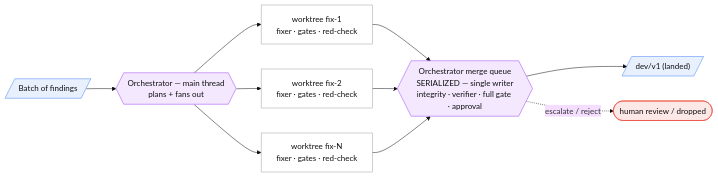
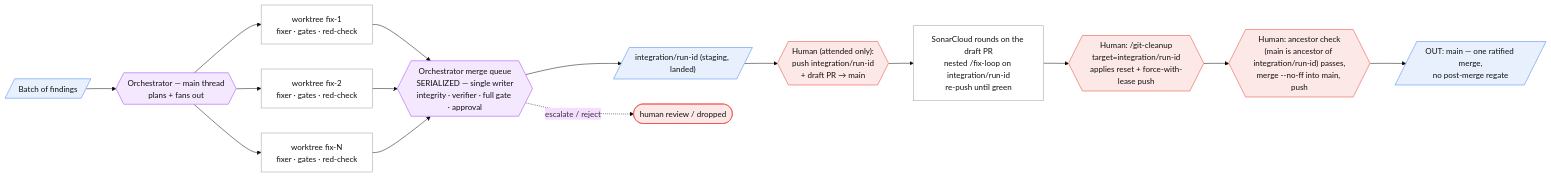
The second of 3 diagrams in docs/coding-harness-diagram.md (Davron2004/Whim), drawn with Mermaid (base theme) before and after one commit. The commit also changed other lines of this file and 37 other files, not shown here.

First line of the commit message:
Add SonarCloud recurrence ledger and wire it into the critic + fix-loop closure

````diff
--- a/docs/coding-harness-diagram.md
+++ b/docs/coding-harness-diagram.md
@@ -50,20 +50,26 @@
 ```mermaid
 flowchart LR
     BATCH[/"Batch of findings"/]:::io --> ORCH{{"Orchestrator — main thread<br/>plans + fans out"}}:::orch
  
     ORCH --> W1["worktree fix-1<br/>fixer · gates · red-check"]:::auto
     ORCH --> W2["worktree fix-2<br/>fixer · gates · red-check"]:::auto
     ORCH --> W3["worktree fix-N<br/>fixer · gates · red-check"]:::auto
  
     W1 --> Q{{"Orchestrator merge queue<br/>SERIALIZED — single writer<br/>integrity · verifier · full gate · approval"}}:::orch
     W2 --> Q
     W3 --> Q
  
-    Q --> DV[/"dev/v1 (landed)"/]:::io
+    Q --> DV[/"integration/run-id (staging, landed)"/]:::io
     Q -.->|"escalate / reject"| HOLD(["human review / dropped"]):::human
  
+    DV --> PUSH{{"Human (attended only):<br/>push integration/run-id<br/>+ draft PR → main"}}:::human
+    PUSH --> SONAR["SonarCloud rounds on the draft PR<br/>nested /fix-loop on integration/run-id<br/>re-push until green"]:::auto
+    SONAR --> CLEANUP{{"Human: /git-cleanup<br/>target=integration/run-id<br/>applies reset + force-with-lease push"}}:::human
+    CLEANUP --> FMERGE{{"Human: ancestor check<br/>(main is ancestor of integration/run-id) passes,<br/>merge --no-ff into main, push"}}:::human
+    FMERGE --> MAINOUT[/"OUT: main — one ratified merge,<br/>no post-merge regate"/]:::io
+
     classDef io fill:#e8f0fe,stroke:#4285f4,color:#111
     classDef auto fill:#ffffff,stroke:#9aa0a6,color:#111
     classDef orch fill:#f3e8fd,stroke:#a142f4,color:#111
     classDef human fill:#fce8e6,stroke:#ea4335,color:#111
 ```
````
